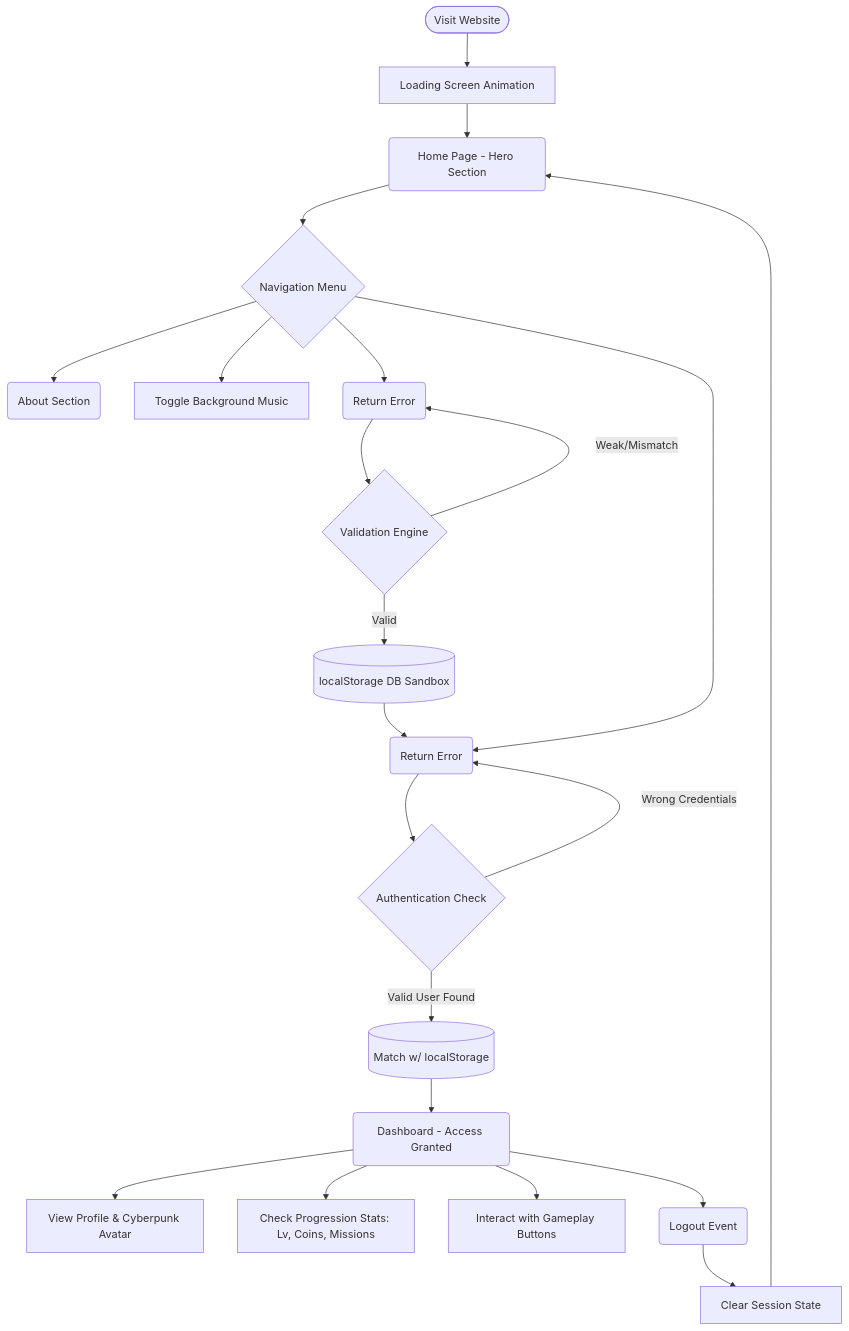
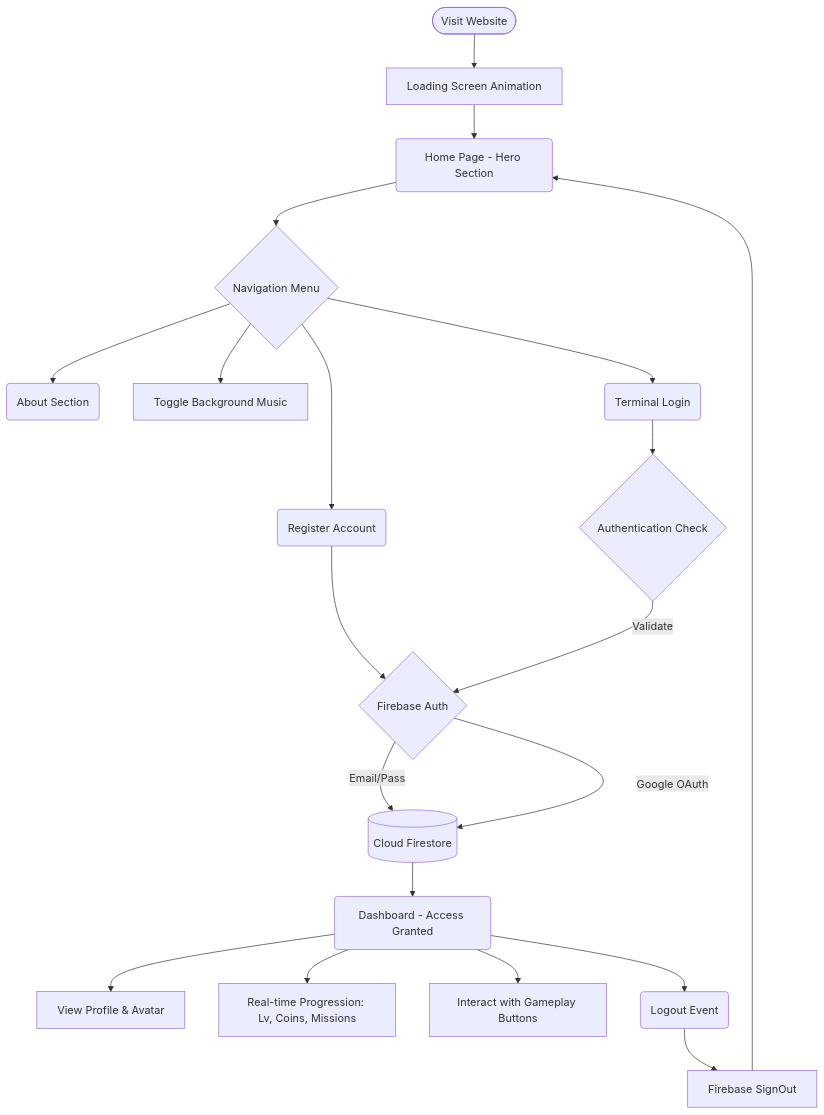
Before and after one commit to Harshraj35/Neon_City_Gaming_Website: the diagram in README.md, drawn with Mermaid. The commit also changed other lines of this file and 3384 other files, not shown here.

````diff
--- a/README.md
+++ b/README.md
@@ -17,30 +17,28 @@
 ```mermaid
 graph TD
     Start([Visit Website]) --> Load[Loading Screen Animation]
     Load --> Home(Home Page - Hero Section)
     
     Home --> Nav{Navigation Menu}
     Nav --> About(About Section)
     Nav --> Lock[Toggle Background Music]
     
     Nav --> Reg(Register Account)
-    Reg --> RegVal{Validation Engine}
-    RegVal -- "Weak/Mismatch" --> Reg(Return Error)
-    RegVal -- "Valid" --> Store[(localStorage DB Sandbox)]
-    Store --> Login
+    Reg --> FirebaseRef{Firebase Auth}
+    FirebaseRef -- "Email/Pass" --> DBAuth[(Cloud Firestore)]
+    FirebaseRef -- "Google OAuth" --> DBAuth
     
     Nav --> Login(Terminal Login)
     Login --> LoginAuth{Authentication Check}
-    LoginAuth -- "Wrong Credentials" --> Login(Return Error)
-    LoginAuth -- "Valid User Found" --> DBAuth[(Match w/ localStorage)]
+    LoginAuth -- "Validate" --> FirebaseRef
     
     DBAuth --> Dashboard(Dashboard - Access Granted)
     
-    Dashboard --> UserDetails[View Profile & Cyberpunk Avatar]
-    Dashboard --> Stats[Check Progression Stats: Lv, Coins, Missions]
+    Dashboard --> UserDetails[View Profile & Avatar]
+    Dashboard --> Stats[Real-time Progression: Lv, Coins, Missions]
     Dashboard --> Actions[Interact with Gameplay Buttons]
     
     Dashboard --> Logout(Logout Event)
-    Logout --> ClearStore[Clear Session State]
-    ClearStore --> Home
+    Logout --> SignOut[Firebase SignOut]
+    SignOut --> Home
 ```
````
